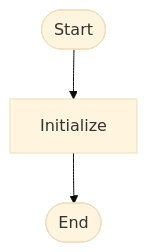
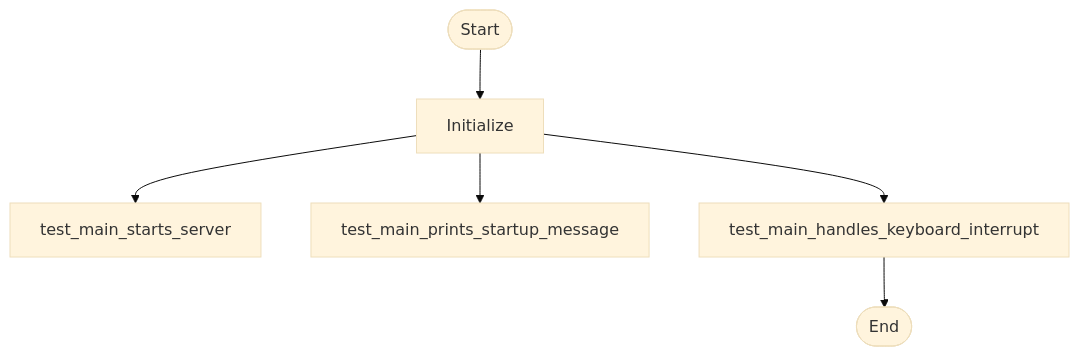
One commit to zepfu/llama-gguf-inference changed the first of 8 diagrams in docs/auto/ARCHITECTURE_AUTO.md. Above: the diagram before and after it, drawn with Mermaid (base theme). The commit also changed other lines of this file and 2 other files, not shown here.

````diff
--- a/docs/auto/ARCHITECTURE_AUTO.md
+++ b/docs/auto/ARCHITECTURE_AUTO.md
@@ -27,5 +27,8 @@
 ```mermaid
 flowchart TD
     Start([Start]) --> Init[Initialize]
-    Init --> End([End])
+    Init --> testmainstartsserver[test_main_starts_server]
+    Init --> testmainprintsstartupmessage[test_main_prints_startup_message]
+    Init --> testmainhandleskeyboardinterrupt[test_main_handles_keyboard_interrupt]
+    testmainhandleskeyboardinterrupt --> End([End])
 ```
````
